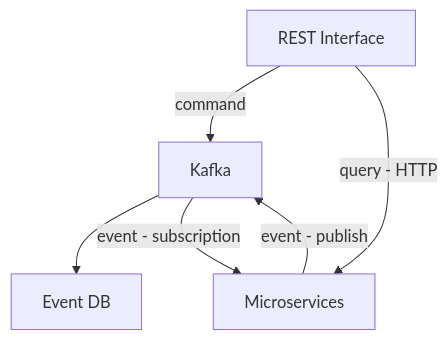
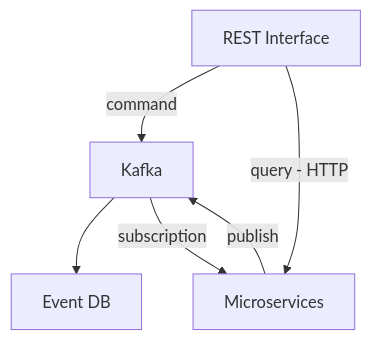
Before and after one commit to earelin/tenda: the diagram in README.md, drawn with Mermaid.

Commit message:
Improving labels

````diff
--- a/README.md
+++ b/README.md
@@ -5,9 +5,9 @@
 ```mermaid
 flowchart TD
 
     A[REST Interface] -->|command| B[Kafka]
     B --> D[Event DB]
     A -->|query - HTTP| C[Microservices]
-    B -->|event - subscription| C
-    C -->|event - publish| B
+    B -->|subscription| C
+    C -->|publish| B
 ```
````
